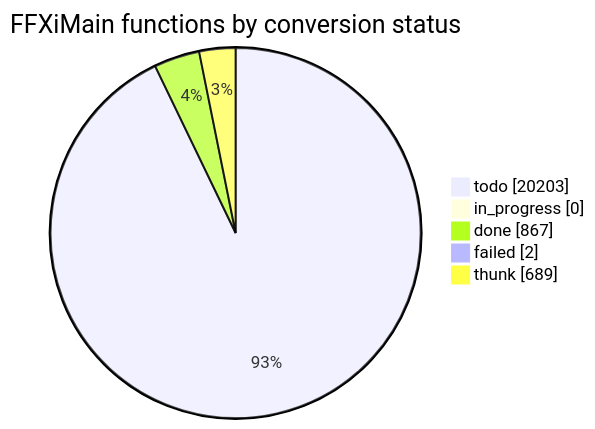
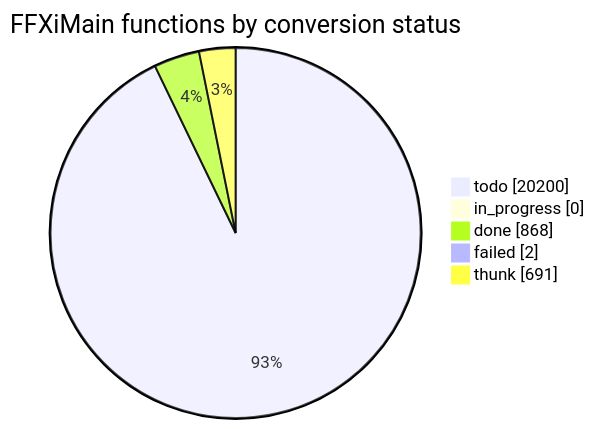
The diagram in docs/cow/STATUS.md (cowrevenge/cow_kuluu_xi_anything), drawn with Mermaid before and after one commit. The commit also changed other lines of this file and 9 other files, not shown here.

````diff
--- a/docs/cow/STATUS.md
+++ b/docs/cow/STATUS.md
@@ -18,9 +18,9 @@
 ```mermaid
 pie showData
     title FFXiMain functions by conversion status
-    "todo" : 20203
+    "todo" : 20200
     "in_progress" : 0
-    "done" : 867
+    "done" : 868
     "failed" : 2
-    "thunk" : 689
+    "thunk" : 691
 ```
````
